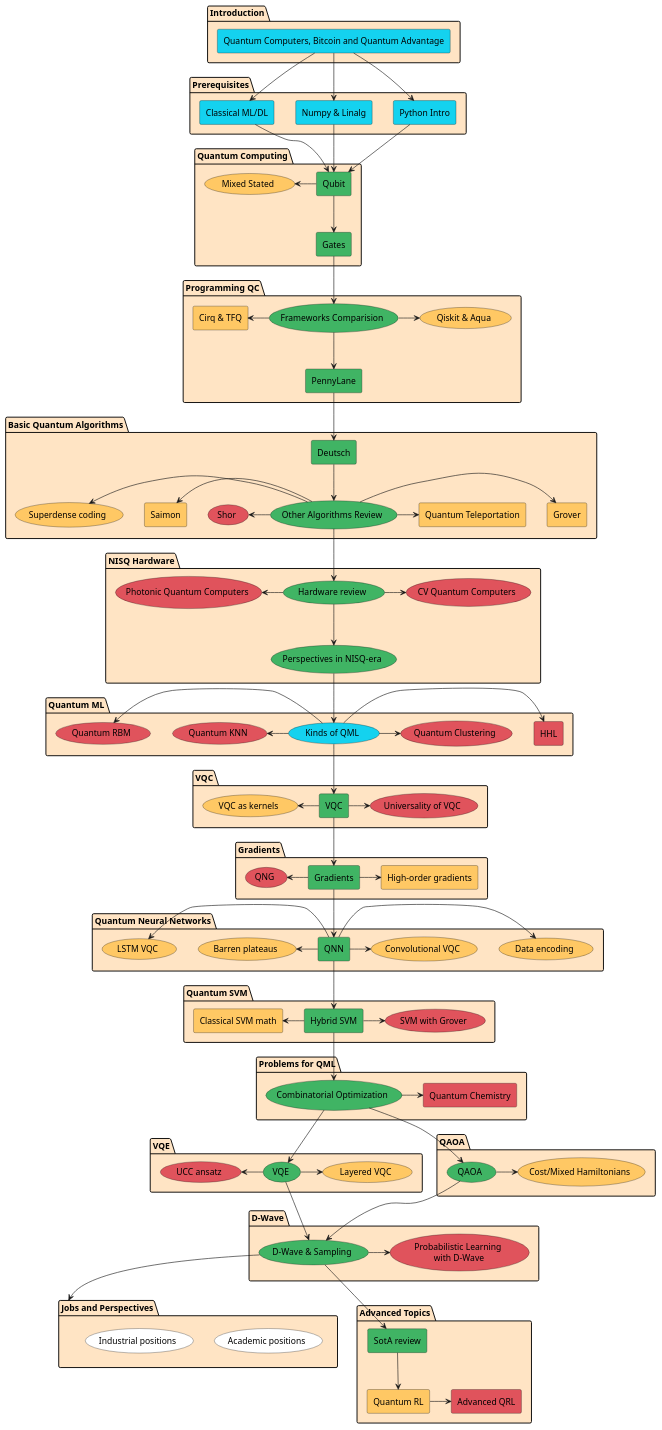
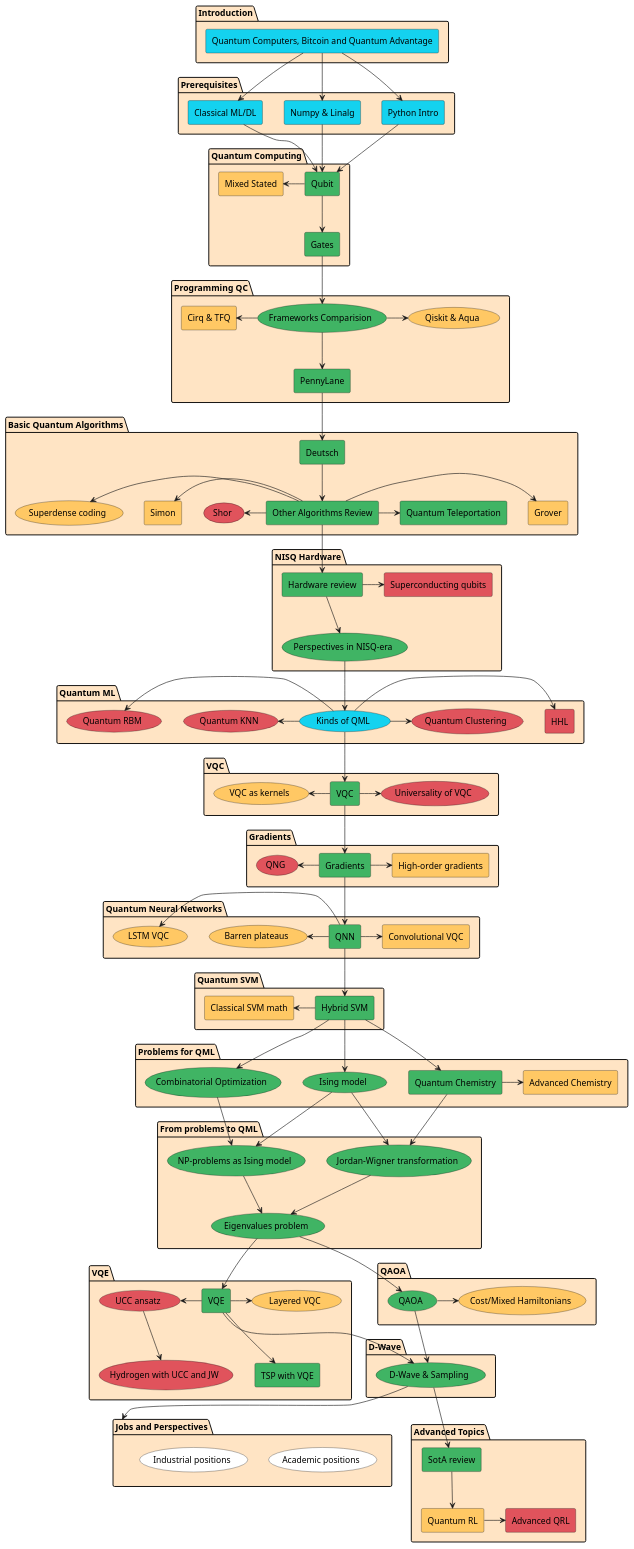
The diagram in qmlcourseRU/_static/index/program.plantuml (quantum-ods/qmlcourse), drawn with PlantUML before and after one commit. The commit also changed 1 other file, not shown here.

```diff
--- a/qmlcourseRU/_static/index/program.plantuml
+++ b/qmlcourseRU/_static/index/program.plantuml
@@ -1,183 +1,197 @@
 @startuml
 package "Introduction" #Bisque {
         rectangle "Quantum Computers, Bitcoin and Quantum Advantage" as intro1 #14D2EF
 }
 
 package "Prerequisites" #Bisque {
         rectangle "Python Intro" as python #14D2EF
         rectangle "Numpy & Linalg" as numpy #14D2EF
         rectangle "Classical ML/DL" as ml #14D2EF
 }
 
 package "Quantum Computing" as qci #Bisque {
         rectangle "Qubit" as qubit #40B464
         rectangle "Gates" as gates #40B464
-        usecase "Mixed Stated" as mixed #FFC864
+        rectangle "Mixed Stated" as mixed #FFC864
 }
 
 package "Basic Quantum Algorithms" as qalgo #Bisque {
         rectangle "Deutsch" as deutsch #40B464
-        usecase "Other Algorithms Review" as advanced_algos #40B464
+        rectangle "Other Algorithms Review" as advanced_algos #40B464
         rectangle "Grover" as grover #FFC864
-        rectangle "Quantum Teleportation" as qtp #FFC864
-        rectangle "Saimon" as saimon #FFC864
+        rectangle "Quantum Teleportation" as qtp #40B464
+        rectangle "Simon" as saimon #FFC864
         usecase "Shor" as shor #E0535C
         usecase "Superdense coding" as superdense_coding #FFC864
 }
 
 package "NISQ Hardware" #Bisque {
-        usecase "Hardware review" as review #40B464
+        rectangle "Hardware review" as review #40B464
         usecase "Perspectives in NISQ-era" as nisq #40B464
-        usecase "Photonic Quantum Computers" as photonic #E0535C
-        usecase "CV Quantum Computers" as cvq #E0535C
+        rectangle "Superconducting qubits" as schard #E0535C
 }
 
 package "Programming QC" #Bisque {
         usecase "Frameworks Comparision" as progcomparision #40B464
         rectangle "PennyLane" as pennylane #40B464
         usecase "Qiskit & Aqua" as qiskit #FFC864
         rectangle "Cirq & TFQ" as cirq #FFC864
 }
 
 package "Quantum ML" #Bisque {
         usecase "Kinds of QML" as qml_general #14D2EF
         rectangle "HHL" as hhl #E0535C
         usecase "Quantum KNN" as qknn #E0535C
         usecase "Quantum Clustering" as qclustering #E0535C
         usecase "Quantum RBM" as qrbm #E0535C
 }
 
 package "VQC" #Bisque {
         rectangle "VQC" as vqc #40B464
         usecase "VQC as kernels" as kernelvqc #FFC864
         usecase "Universality of VQC" as univvqc #E0535C
 }
 
 package "Gradients" #Bisque {
         rectangle "Gradients" as grad #40B464
         rectangle "High-order gradients" as hograd #FFC864
         usecase "QNG" as qng #E0535C
 }
 
 package "Quantum Neural Networks" #Bisque {
         rectangle "QNN" as qnn #40B464
         usecase "Barren plateaus" as barren #FFC864
-        usecase "Data encoding" as encoding #FFC864
-        usecase "Convolutional VQC" as convvqc #FFC864
+        rectangle "Convolutional VQC" as convvqc #FFC864
         usecase "LSTM VQC" as lstm #FFC864
 }
 
 package "Quantum SVM" #Bisque {
         rectangle "Hybrid SVM" as hsvm #40B464
         rectangle "Classical SVM math" as csvm #FFC864
-        usecase "SVM with Grover" as gsvm #E0535C
 }
 
 package "Problems for QML" #Bisque {
+        usecase "Ising model" as ising #40B464
         usecase "Combinatorial Optimization" as copt #40B464
-        rectangle "Quantum Chemistry" as qchem #E0535C
+        rectangle "Quantum Chemistry" as qchem #40B464
+        rectangle "Advanced Chemistry" as aqchem #FFC864
+}
+
+package "From problems to QML" #Bisque {
+        usecase "NP-problems as Ising model" as npising #40B464
+        usecase "Jordan-Wigner transformation" as jordan #40B464
+        usecase "Eigenvalues problem" as eigenvals #40B464
 }
 
 package "VQE" #Bisque {
-        usecase "VQE" as vqe #40B464
+        rectangle "VQE" as vqe #40B464
+        rectangle "TSP with VQE" as tspvqe #40B464
         usecase "Layered VQC" as lvqe #FFC864
-        usecase "UCC ansatz" as uuc #E0535C
+        usecase "UCC ansatz" as ucc #E0535C
+        usecase "Hydrogen with UCC and JW" as hucc #E0535C
 }
 
 package "QAOA" #Bisque {
         usecase "QAOA" as qaoa #40B464
         usecase "Cost/Mixed Hamiltonians" as hams #FFC864
 }
 
 package "D-Wave" #Bisque {
         usecase "D-Wave & Sampling" as dwave #40B464
-        usecase "Probabilistic Learning\n with D-Wave" as probml #E0535C
 }
 
 package "Jobs and Perspectives" as jobs #Bisque {
         usecase "Academic positions" as academic #White
         usecase "Industrial positions" as industrial #White
 }
 
 package "Advanced Topics" as adv #Bisque {
         rectangle "SotA review" as sota #40B464
         rectangle "Quantum RL" as qrl #FFC864
         rectangle "Advanced QRL" as aqrl #E0535C
 }
 
 intro1 --> python
 intro1 --> numpy
 intro1 --> ml
 
 python --> qubit
 numpy --> qubit
 ml --> qubit
 
 qubit --> gates
 mixed <- qubit
 
 gates --> progcomparision
 progcomparision --> pennylane
 cirq <- progcomparision
 progcomparision -> qiskit
 
 pennylane --> deutsch
 
 deutsch --> advanced_algos
 advanced_algos -> grover
 shor <- advanced_algos
 advanced_algos -> qtp
 saimon <- advanced_algos
 superdense_coding <- advanced_algos
 
 advanced_algos --> review
 review --> nisq
-photonic <- review
-review -> cvq
+review -> schard
 
 nisq --> qml_general
 
 qml_general -> hhl
 qknn <- qml_general
 qml_general -> qclustering
 qrbm <- qml_general
 
 qml_general --> vqc
 kernelvqc <- vqc
 vqc -> univvqc
 
 vqc --> grad
 qng <- grad
 grad -> hograd
 
 grad --> qnn
 barren <- qnn
-qnn -> encoding
 lstm <- qnn
 qnn -> convvqc
 
 qnn --> hsvm
 csvm <- hsvm
-hsvm -> gsvm
 
+hsvm --> ising
 hsvm --> copt
-copt -> qchem
+hsvm --> qchem
+qchem -> aqchem
+qchem --> jordan
+ising --> npising
+ising --> jordan
+copt --> npising
 
-copt --> vqe
-uuc <- vqe
+npising --> eigenvals
+jordan --> eigenvals
+
+eigenvals --> vqe
+eigenvals --> qaoa
+
+ucc <- vqe
+ucc --> hucc
 vqe -> lvqe
+vqe --> tspvqe
 
-copt --> qaoa
 qaoa -> hams
 
 qaoa --> dwave
 vqe --> dwave
-dwave -> probml
 
 dwave --> jobs
 
 dwave --> sota
 sota --> qrl
 qrl -> aqrl
 
 @enduml
```
